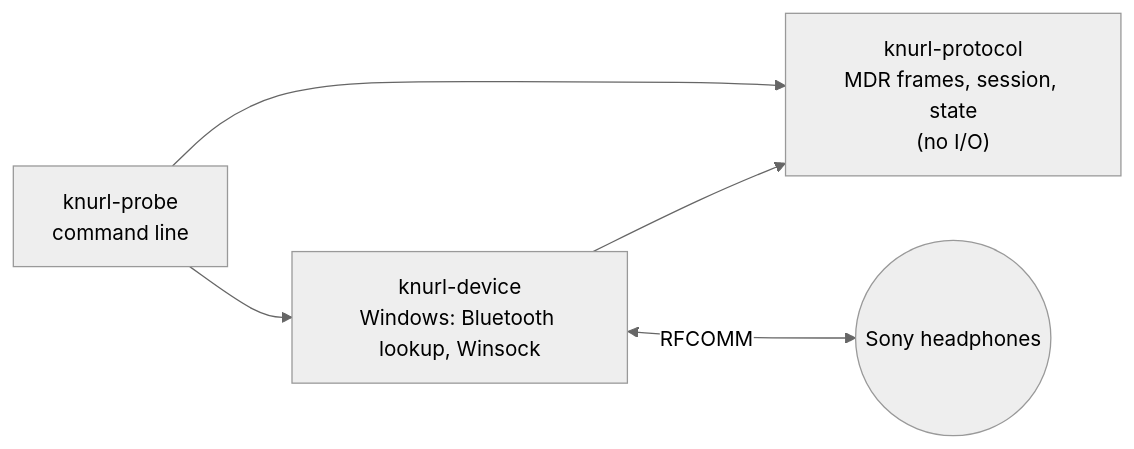
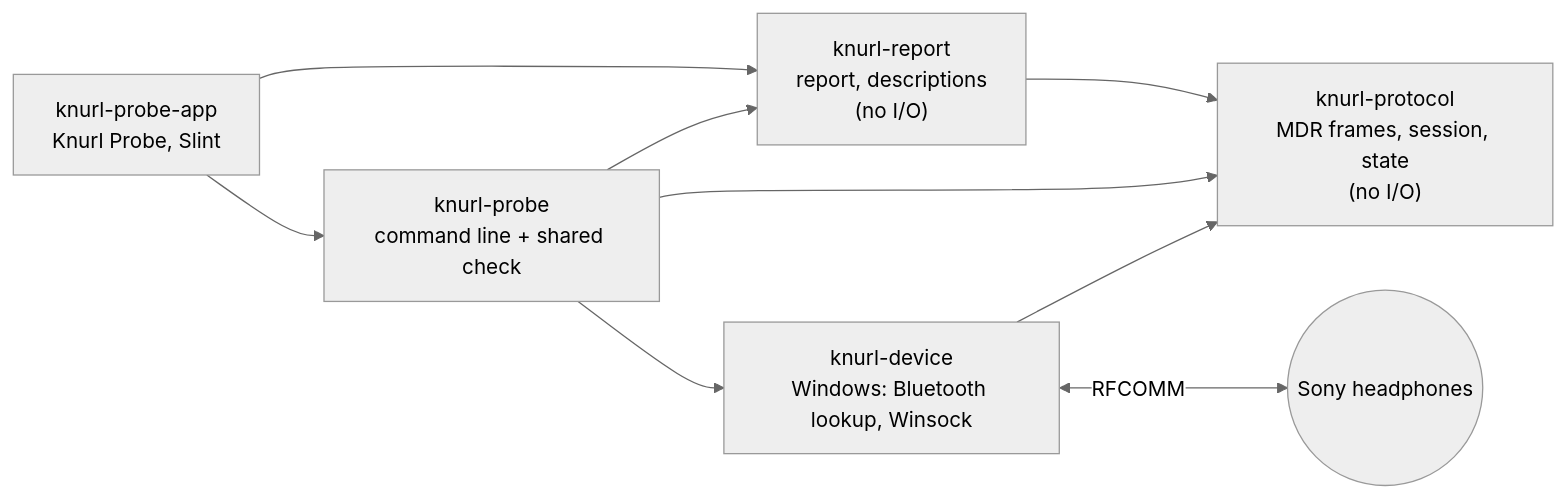
Before and after one commit to dooperdrew/knurl-probe: the diagram in README.md, drawn with Mermaid (neutral theme). The commit also changed other lines of this file and 32 other files, not shown here.

````diff
--- a/README.md
+++ b/README.md
@@ -58,7 +73,11 @@
 ```mermaid
 flowchart LR
-    probe["knurl-probe<br/>command line"] --> device["knurl-device<br/>Windows: Bluetooth lookup, Winsock"]
+    app["knurl-probe-app<br/>Knurl Probe, Slint"] --> probe
+    app --> report
+    probe["knurl-probe<br/>command line + shared check"] --> device["knurl-device<br/>Windows: Bluetooth lookup, Winsock"]
+    probe --> report["knurl-report<br/>report, descriptions<br/>(no I/O)"]
+    report --> protocol
     probe --> protocol
     device --> protocol["knurl-protocol<br/>MDR frames, session, state<br/>(no I/O)"]
     device <-- "RFCOMM" --> phones(("Sony headphones"))
 ```
````
